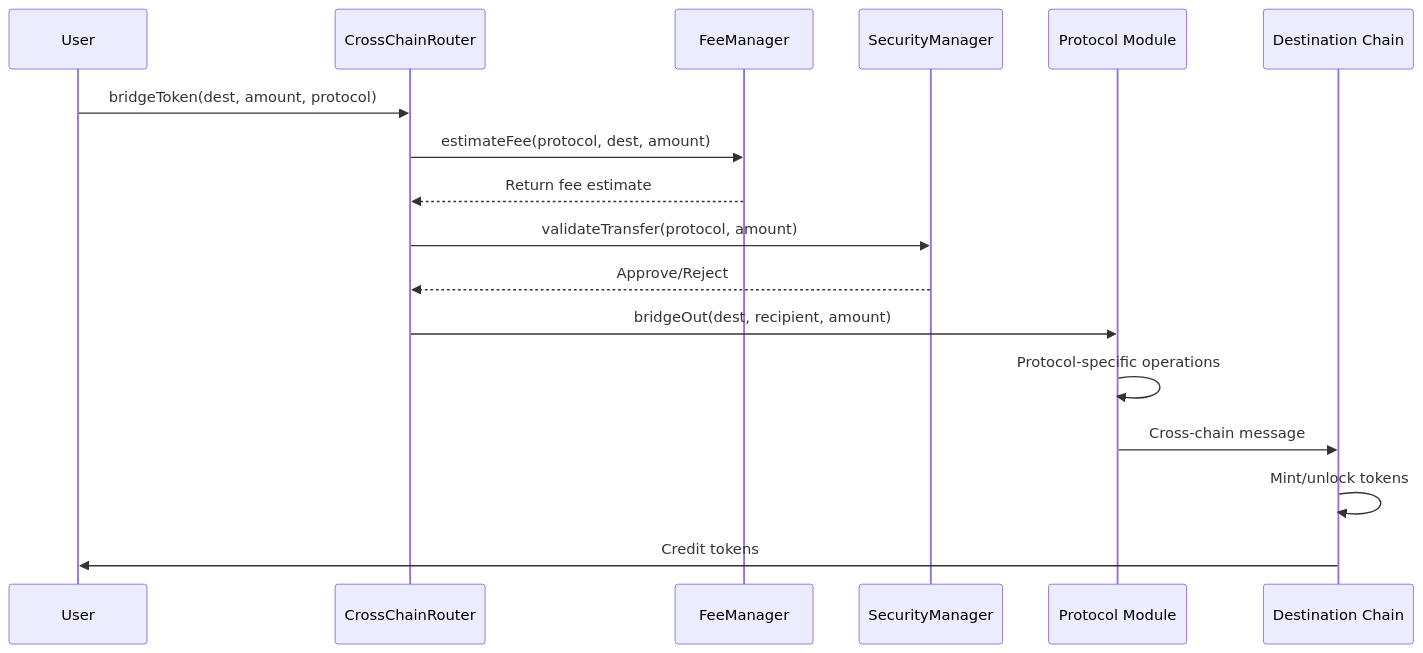
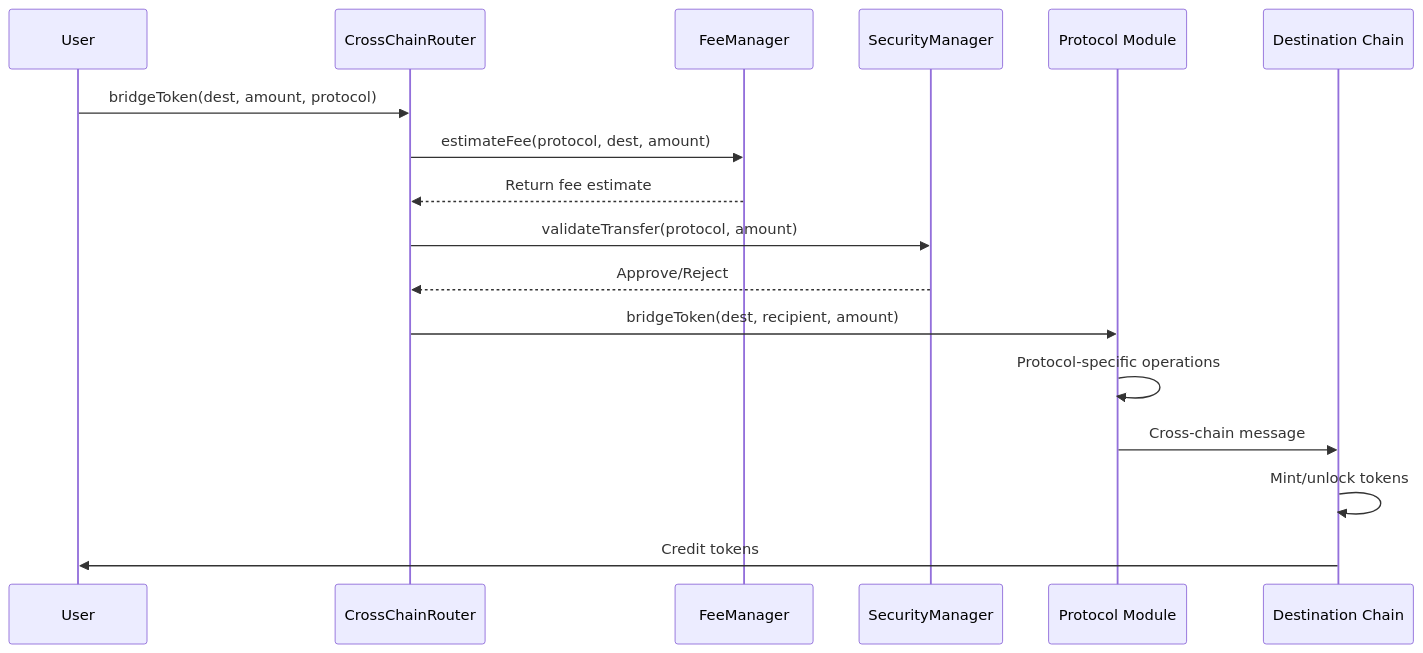
Before and after one commit to lookcard-dev/lookcoin-contract: the fifth of 11 diagrams in docs/TECHNICAL.md, drawn with Mermaid. The commit also changed other lines of this file and 41 other files, not shown here.

First line of the commit message:
Enhance cross-chain capabilities and modular architecture

````diff
--- a/docs/TECHNICAL.md
+++ b/docs/TECHNICAL.md
@@ -134,20 +226,20 @@
 ```mermaid
 sequenceDiagram
     participant User
     participant Router as CrossChainRouter
     participant FM as FeeManager
     participant SM as SecurityManager
     participant Module as Protocol Module
     participant Dest as Destination Chain
 
     User->>Router: bridgeToken(dest, amount, protocol)
     Router->>FM: estimateFee(protocol, dest, amount)
     FM-->>Router: Return fee estimate
     Router->>SM: validateTransfer(protocol, amount)
     SM-->>Router: Approve/Reject
-    Router->>Module: bridgeOut(dest, recipient, amount)
+    Router->>Module: bridgeToken(dest, recipient, amount)
     Module->>Module: Protocol-specific operations
     Module->>Dest: Cross-chain message
     Dest->>Dest: Mint/unlock tokens
     Dest->>User: Credit tokens
 ```
````
